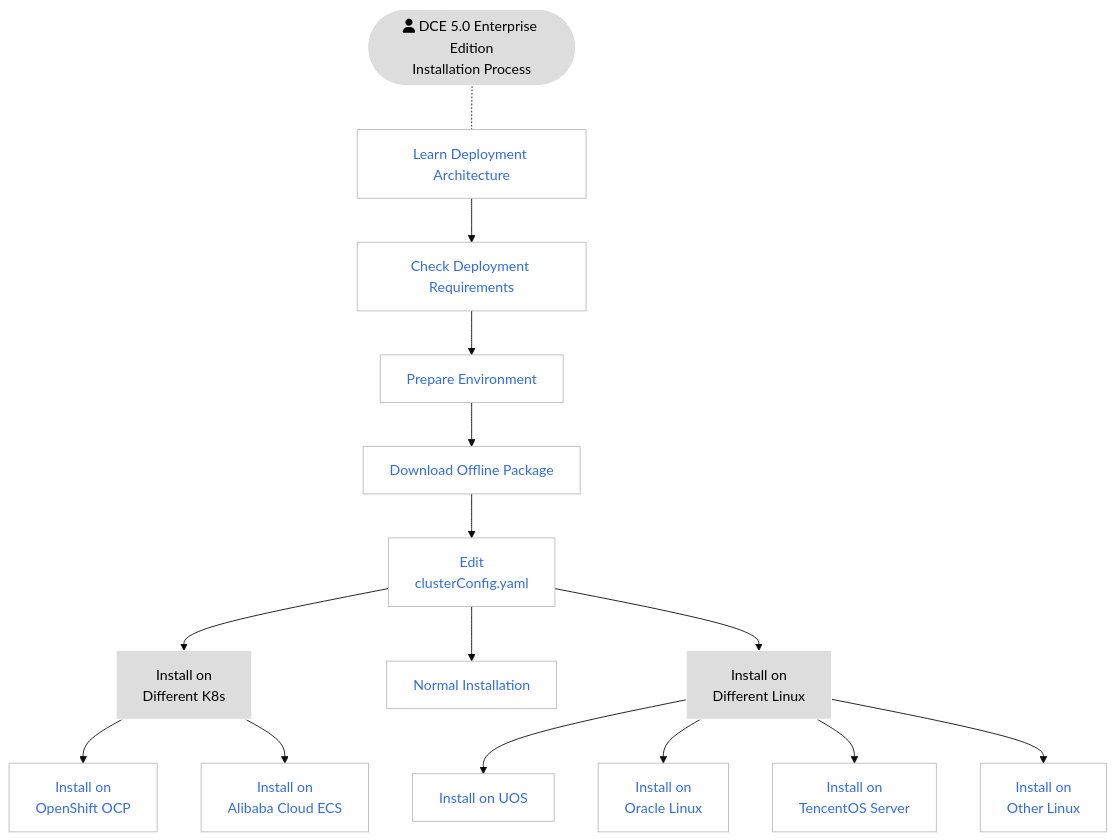
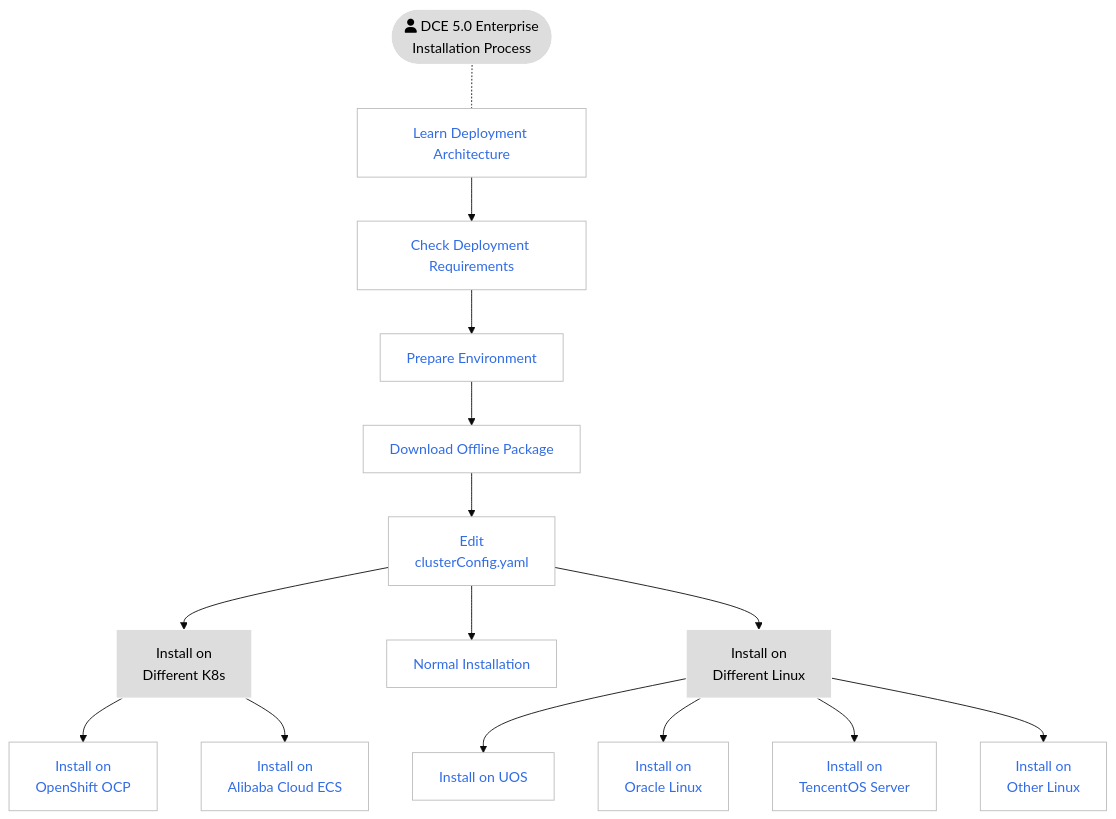
Before and after one commit to DaoCloud/DaoCloud-docs: the second of 2 diagrams in docs/en/docs/install/index.md, drawn with Mermaid (base theme). The commit also changed other lines of this file and 1 other file, not shown here.

````diff
--- a/docs/en/docs/install/index.md
+++ b/docs/en/docs/install/index.md
@@ -117,45 +117,45 @@
 ```mermaid
 flowchart TB
 
-    start([fa:fa-user DCE 5.0 Enterprise Edition<br>Installation Process]) -.- arch[Learn Deployment Architecture]
+    start([fa:fa-user DCE 5.0 Enterprise<br>Installation Process]) -.- arch[Learn Deployment Architecture]
     arch --> deploy[Check Deployment Requirements]
     deploy --> prepare[Prepare Environment]
     prepare --> download[Download Offline Package]
     download --> config[Edit<br>clusterConfig.yaml]
     
     config --> other-k8s[Install on<br>Different K8s]
     config --> install[Normal Installation]
     config --> other-os[Install on<br>Different Linux]
 
     other-k8s --> ocp[Install on<br>OpenShift OCP]
     other-k8s --> ali[Install on<br>Alibaba Cloud ECS]
 
     other-os --> uos[Install on UOS]
     other-os --> oracle[Install on<br>Oracle Linux]
     other-os --> tencent[Install on<br>TencentOS Server]
     other-os --> other[Install on<br>Other Linux]
 
 
 classDef grey fill:#dddddd,stroke:#ffffff,stroke-width:1px,color:#000000, font-size:15px;
 classDef white fill:#ffffff,stroke:#000,stroke-width:1px,color:#000,font-weight:bold
 classDef spacewhite fill:#ffffff,stroke:#fff,stroke-width:0px,color:#000
 classDef plain fill:#ddd,stroke:#fff,stroke-width:1px,color:#000;
 classDef k8s fill:#326ce5,stroke:#fff,stroke-width:1px,color:#fff;
 classDef cluster fill:#fff,stroke:#bbb,stroke-width:1px,color:#326ce5;
 
 class arch,deploy,prepare,download,config,install,ocp,ali,uos,oracle,tencent,other cluster
 class start,other-k8s,other-os plain
 
 click arch "https://docs.daocloud.io/en/install/commercial/deploy-arch.html"
 click deploy "https://docs.daocloud.io/en/install/commercial/deploy-requirements.html"
 click prepare "https://docs.daocloud.io/en/install/commercial/prepare.html"
 click download "https://docs.daocloud.io/en/install/commercial/start-install.html#step-1-download-the-offline-package"
 click config "https://docs.daocloud.io/en/install/commercial/start-install.html#step-2-configure-clusterconfigyaml"
 click install "https://docs.daocloud.io/en/install/commercial/start-install.html#step-3-start-installation"
 click ocp "https://docs.daocloud.io/en/install/k8s-install/ocp-install-dce5.0.html"
 click ali "https://docs.daocloud.io/en/install/k8s-install/ecs-install-dce5.0.html"
 click uos "https://docs.daocloud.io/en/install/os-install/uos-v20-install-dce5.0.html"
 click oracle "https://docs.daocloud.io/en/install/os-install/oracleLinux-install-dce5.0.html"
 click tencent "https://docs.daocloud.io/en/install/os-install/TencentOS-install-dce5.0.html"
 click other "https://docs.daocloud.io/en/install/os-install/otherlinux.html"
 ```
````
